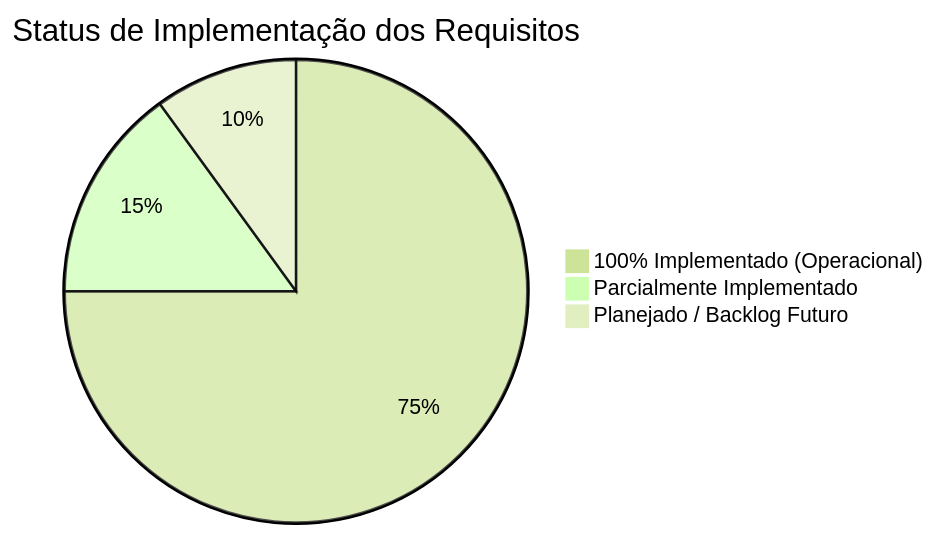
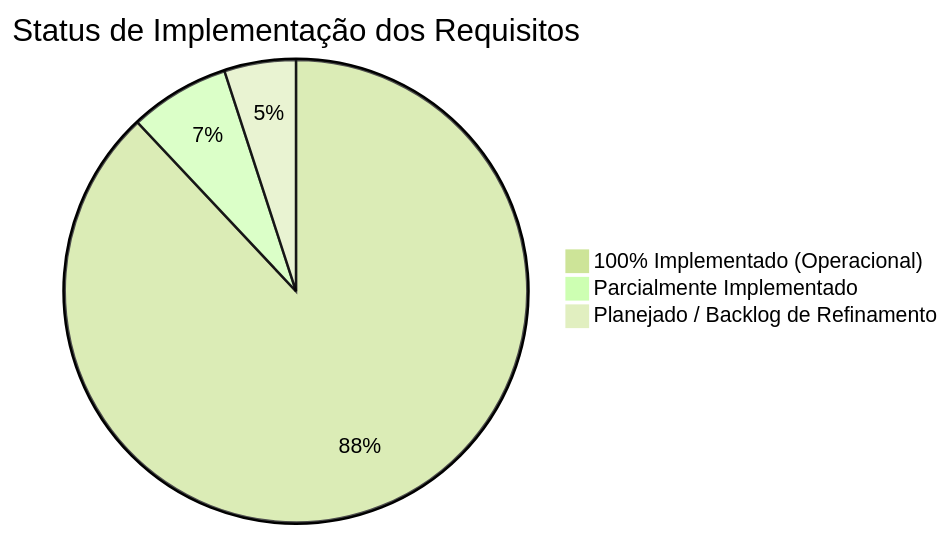
The first of 2 diagrams in PROJECT_STATE.md (MikeAAQueen/docente360), drawn with Mermaid (forest theme) before and after one commit. The commit also changed other lines of this file and 7 other files, not shown here.

````diff
--- a/PROJECT_STATE.md
+++ b/PROJECT_STATE.md
@@ -31,6 +32,6 @@
 ```mermaid
 pie title Status de Implementação dos Requisitos
-    "100% Implementado (Operacional)" : 75
-    "Parcialmente Implementado" : 15
-    "Planejado / Backlog Futuro" : 10
+    "100% Implementado (Operacional)" : 88
+    "Parcialmente Implementado" : 7
+    "Planejado / Backlog de Refinamento" : 5
 ```
````
